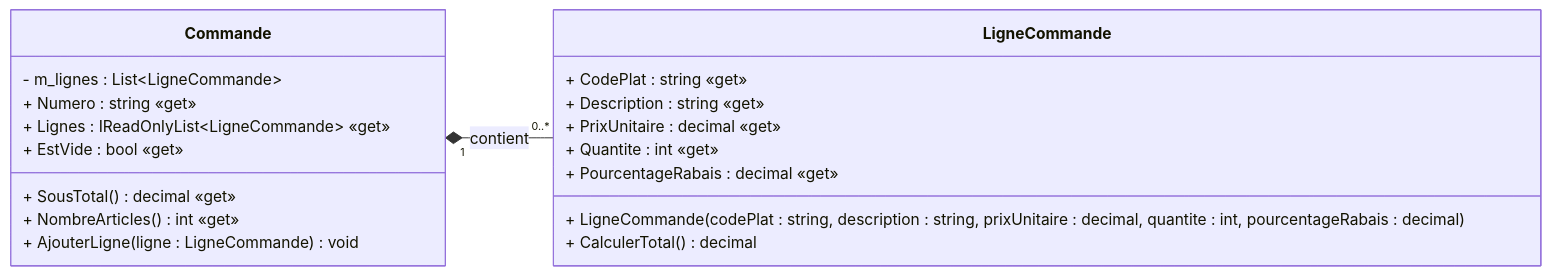
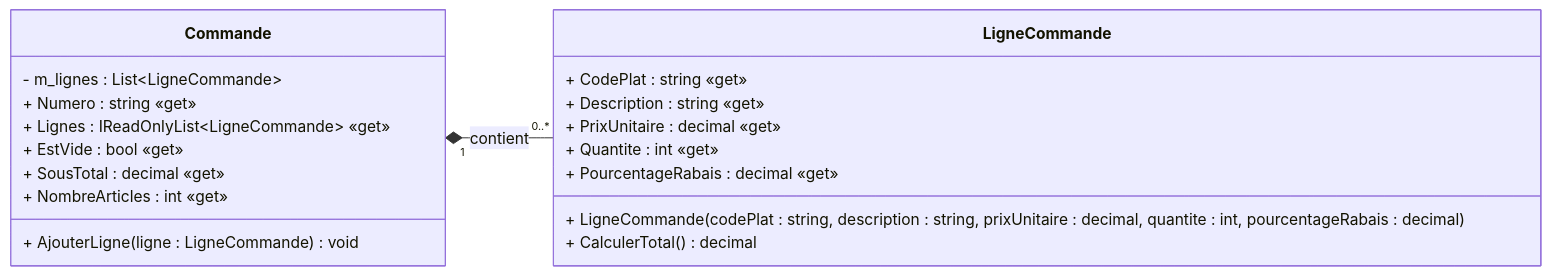
The diagram in semaine-02/E03-tests-sans-dependance.md (Max-O-67/420-W30-SF-v2), drawn with Mermaid before and after one commit. The commit also changed other lines of this file and 3 other files, not shown here.

````diff
--- a/semaine-02/E03-tests-sans-dependance.md
+++ b/semaine-02/E03-tests-sans-dependance.md
@@ -29,27 +29,27 @@
 ```mermaid
 classDiagram
     direction LR
 
     class LigneCommande {
         + LigneCommande(codePlat : string, description : string, prixUnitaire : decimal, quantite : int, pourcentageRabais : decimal)
         + CodePlat : string «get»
         + Description : string «get»
         + PrixUnitaire : decimal «get»
         + Quantite : int «get»
         + PourcentageRabais : decimal «get»
         + CalculerTotal() decimal
     }
 
     class Commande {
         - m_lignes : List~LigneCommande~
         + Numero : string «get»
         + Lignes : IReadOnlyList~LigneCommande~ «get»
         + EstVide : bool «get»
-        + SousTotal() decimal «get»
-        + NombreArticles() int «get»
+        + SousTotal : decimal «get»
+        + NombreArticles : int «get»
         
         + AjouterLigne(ligne : LigneCommande) void
     }
 
     Commande "1" *-- "0..*" LigneCommande : contient
 ```
````
